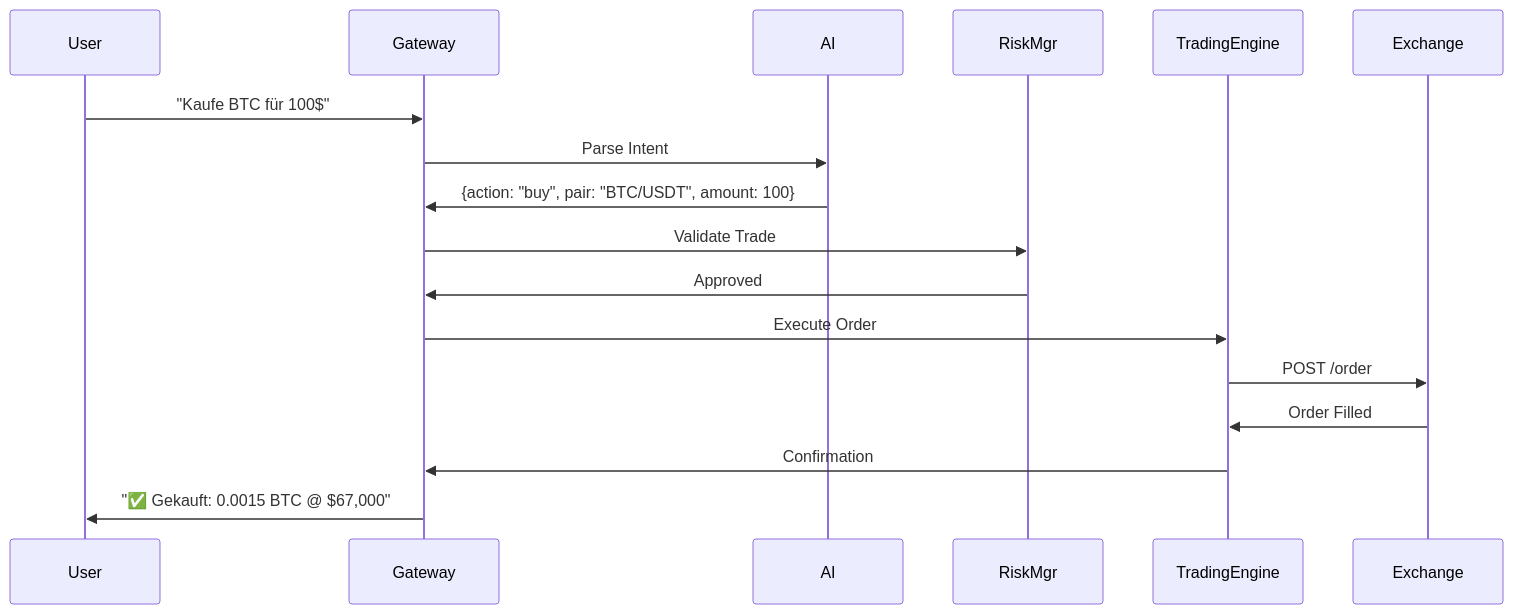
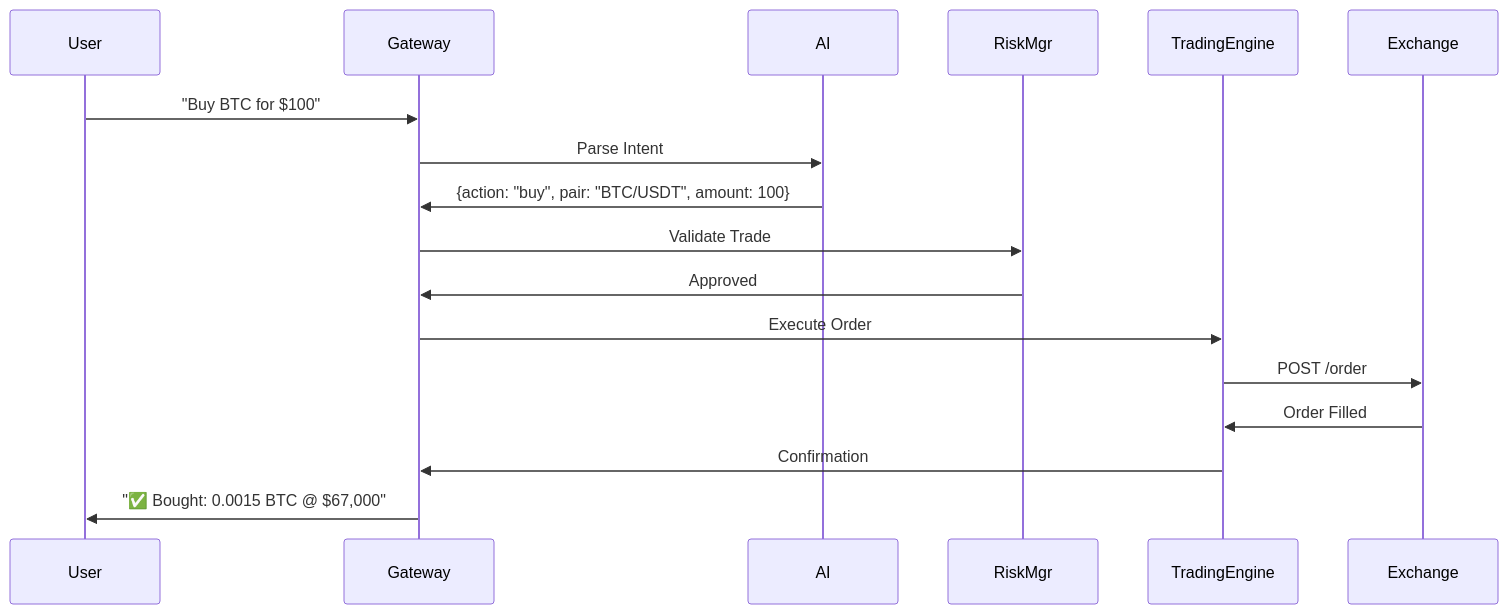
The third of 4 diagrams in docs/concepts/architecture.md (kayzaa/k.i.t.-bot), drawn with Mermaid before and after one commit. The commit also changed other lines of this file and 4 other files, not shown here.

````diff
--- a/docs/concepts/architecture.md
+++ b/docs/concepts/architecture.md
@@ -140,20 +140,20 @@
 ```mermaid
 sequenceDiagram
     participant User
     participant Gateway
     participant AI
     participant RiskMgr
     participant TradingEngine
     participant Exchange
     
-    User->>Gateway: "Kaufe BTC für 100$"
+    User->>Gateway: "Buy BTC for $100"
     Gateway->>AI: Parse Intent
     AI->>Gateway: {action: "buy", pair: "BTC/USDT", amount: 100}
     Gateway->>RiskMgr: Validate Trade
     RiskMgr->>Gateway: Approved
     Gateway->>TradingEngine: Execute Order
     TradingEngine->>Exchange: POST /order
     Exchange->>TradingEngine: Order Filled
     TradingEngine->>Gateway: Confirmation
-    Gateway->>User: "✅ Gekauft: 0.0015 BTC @ $67,000"
+    Gateway->>User: "✅ Bought: 0.0015 BTC @ $67,000"
 ```
````
